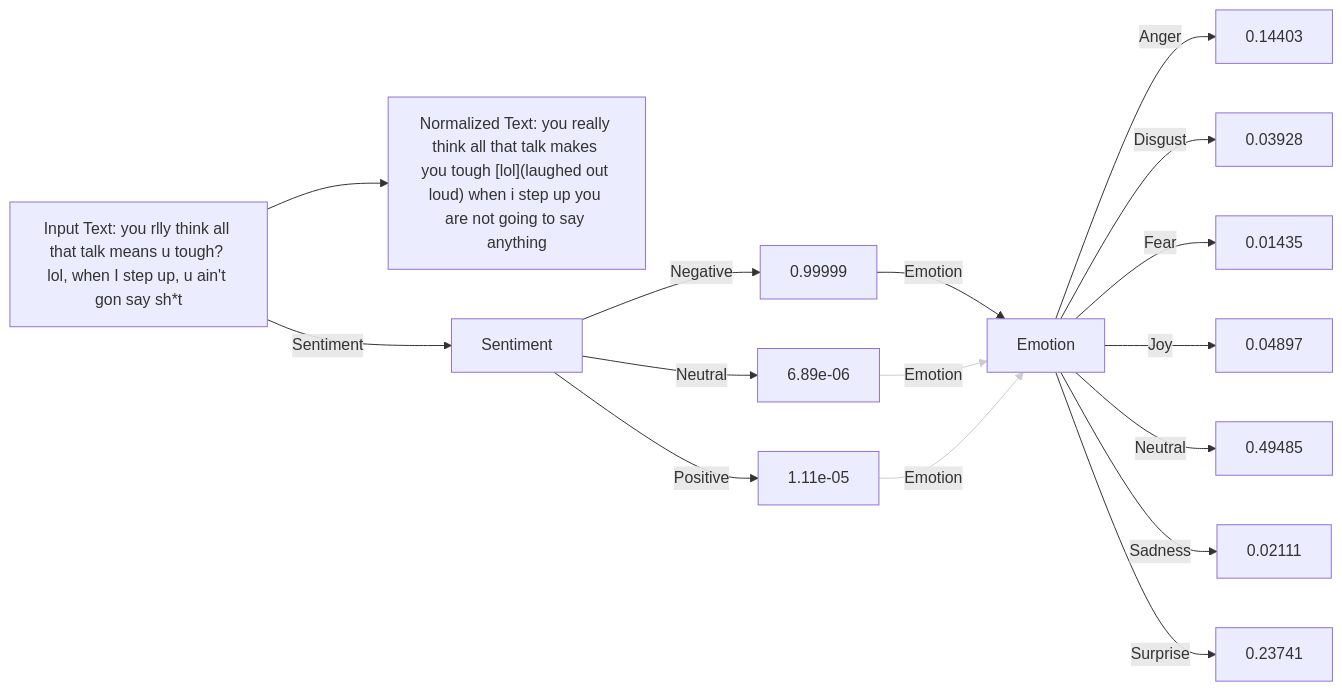
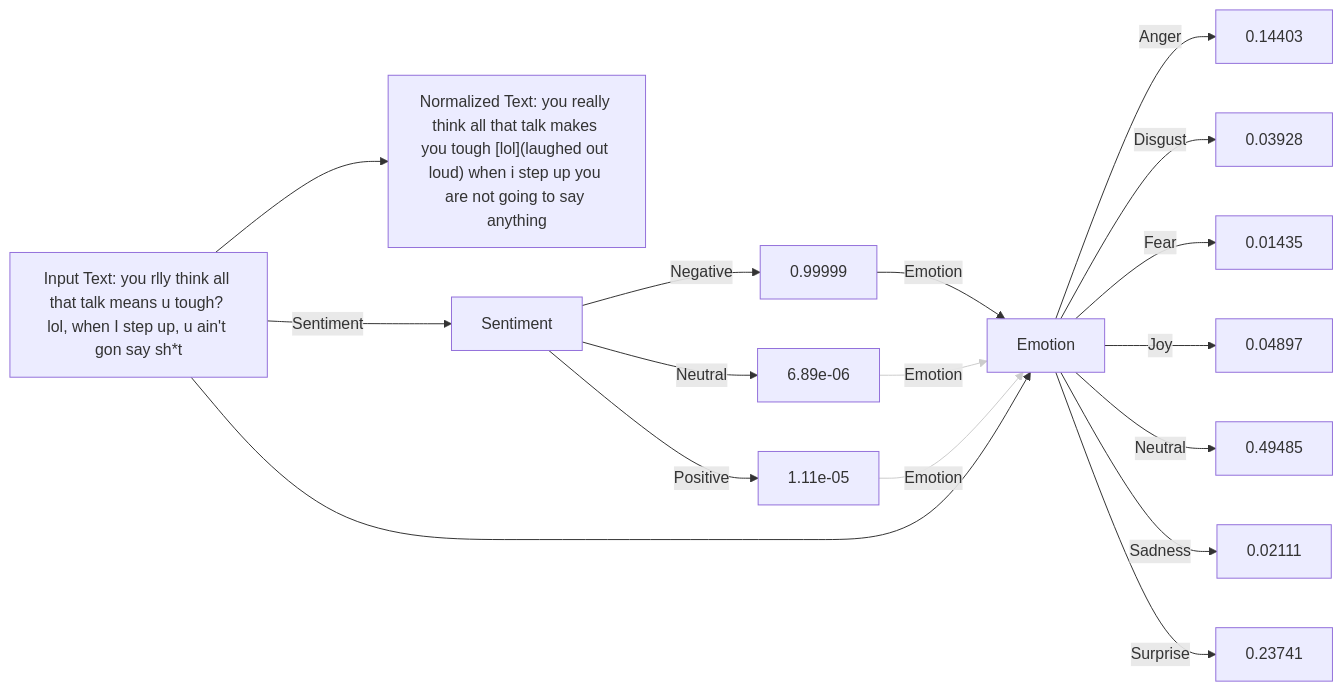
The second of 3 diagrams in README.md (ArchismanKarmakar/Tachygraphy-Microtext-Analysis-And-Normalization), drawn with Mermaid before and after one commit. The commit also changed other lines of this file, not shown here.

````diff
--- a/README.md
+++ b/README.md
@@ -103,35 +104,36 @@
 ```mermaid
 graph LR;
     %% Input and normalized text nodes
     A["Input Text: you rlly think all that talk means u tough? lol, when I step up, u ain't gon say sh*t"]
     B["Normalized Text: you really think all that talk makes you tough [lol](laughed out loud) when i step up you are not going to say anything"]
     C["Sentiment"]
 
     A --> B
     A -->|Sentiment| C
 
     %% Sentiment value nodes
     C -->|Negative| D["0.99999"]
     C -->|Neutral| E["6.89e-06"]
     C -->|Positive| F["1.11e-05"]
 
     %% Converge sentiment nodes to Emotion stage
     D -->|Emotion| G
     E -->|Emotion| G
     F -->|Emotion| G
 
     G["Emotion"]
 
     %% Emotion nodes: arrow labels show emotion category; nodes show numeric values.
     G -->|Anger| H["0.14403"]
     G -->|Disgust| I["0.03928"]
     G -->|Fear| J["0.01435"]
     G -->|Joy| K["0.04897"]
     G -->|Neutral| L["0.49485"]
     G -->|Sadness| M["0.02111"]
     G -->|Surprise| N["0.23741"]
+    A --> G
 
 %% Style the Neutral and Positive sentiment arrows with a lighter stroke.
 linkStyle 6 stroke:#cccccc, stroke-width:1px;
 linkStyle 7 stroke:#cccccc, stroke-width:1px;
 ```
````
